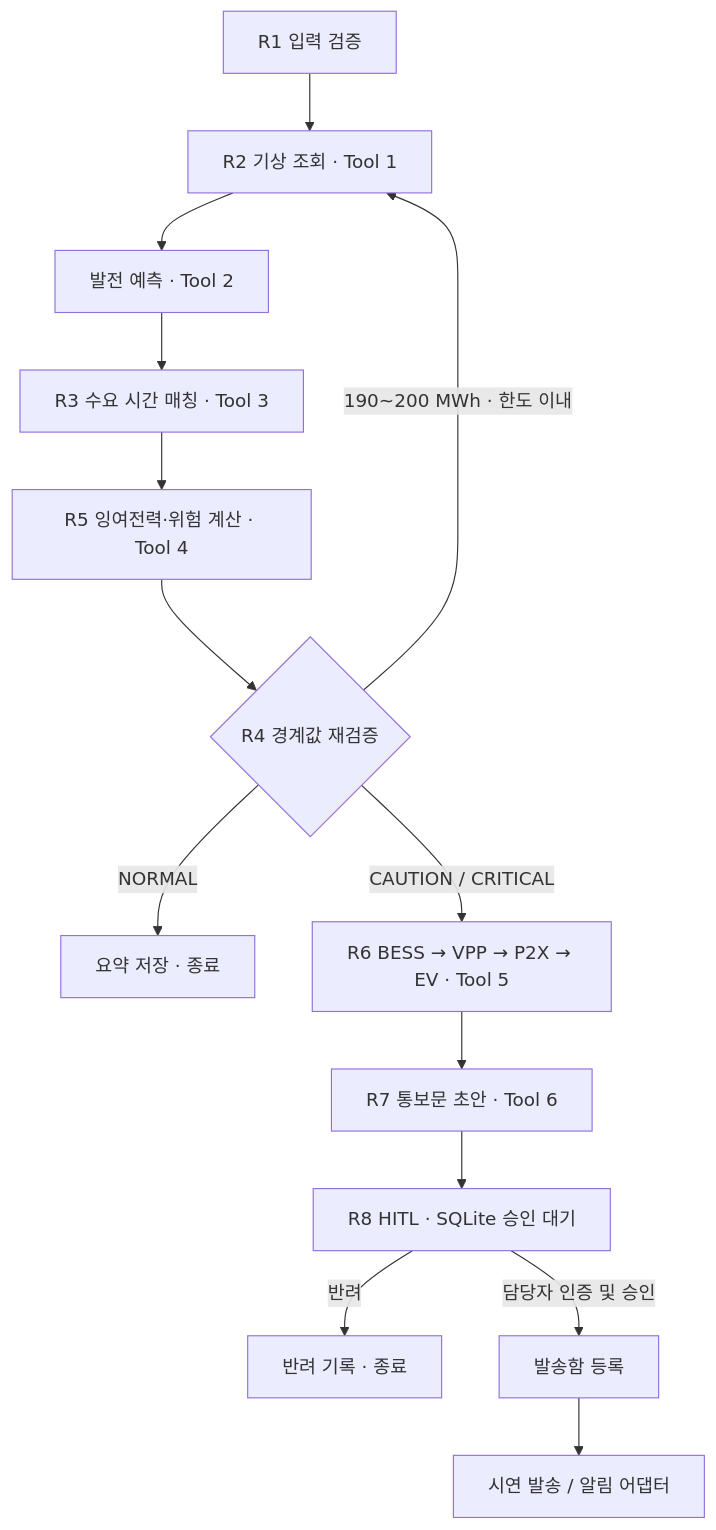
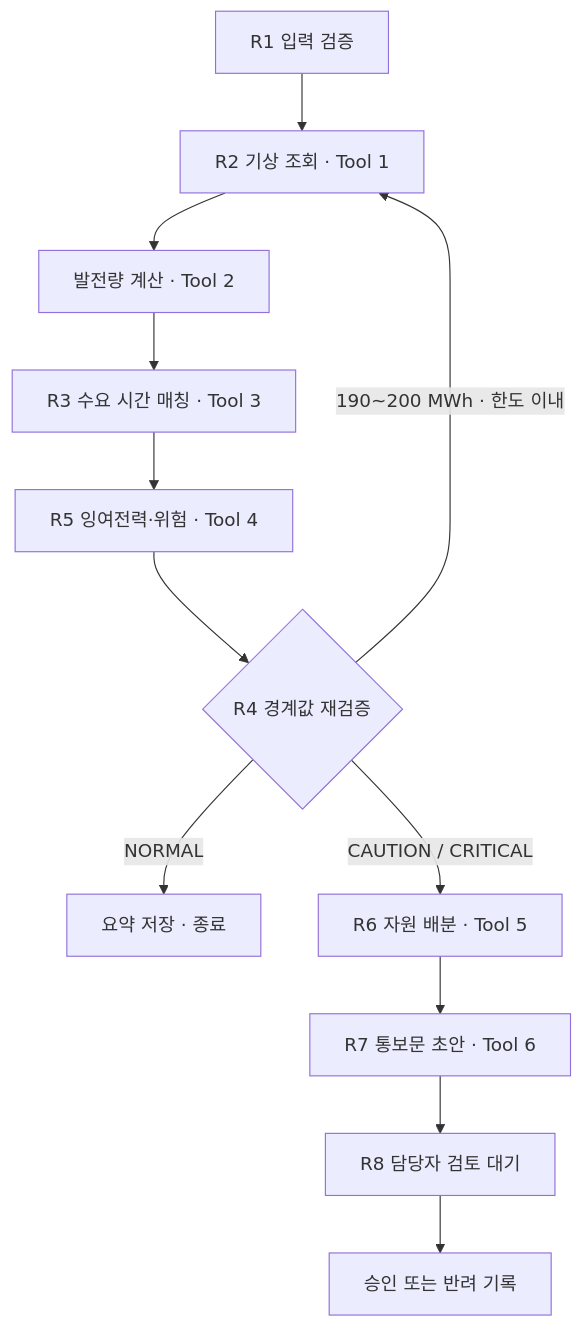
One commit to dwnnn-archive/-Jeju_AI_BigData_Hakathon changed the second of 2 diagrams in README.md. Above: the diagram before and after it, drawn with Mermaid. The commit also changed other lines of this file and 132 other files, not shown here.

````diff
--- a/README.md
+++ b/README.md
@@ -37,16 +106,14 @@
 ```mermaid
 flowchart TD
     A["R1 입력 검증"] --> B["R2 기상 조회 · Tool 1"]
-    B --> C["발전 예측 · Tool 2"]
+    B --> C["발전량 계산 · Tool 2"]
     C --> D["R3 수요 시간 매칭 · Tool 3"]
-    D --> E["R5 잉여전력·위험 계산 · Tool 4"]
+    D --> E["R5 잉여전력·위험 · Tool 4"]
     E --> F{"R4 경계값 재검증"}
     F -->|"190~200 MWh · 한도 이내"| B
     F -->|NORMAL| G["요약 저장 · 종료"]
-    F -->|"CAUTION / CRITICAL"| H["R6 BESS → VPP → P2X → EV · Tool 5"]
+    F -->|"CAUTION / CRITICAL"| H["R6 자원 배분 · Tool 5"]
     H --> I["R7 통보문 초안 · Tool 6"]
-    I --> J["R8 HITL · SQLite 승인 대기"]
-    J -->|반려| K["반려 기록 · 종료"]
-    J -->|담당자 인증 및 승인| L["발송함 등록"]
-    L --> M["시연 발송 / 알림 어댑터"]
+    I --> J["R8 담당자 검토 대기"]
+    J --> K["승인 또는 반려 기록"]
 ```
````
